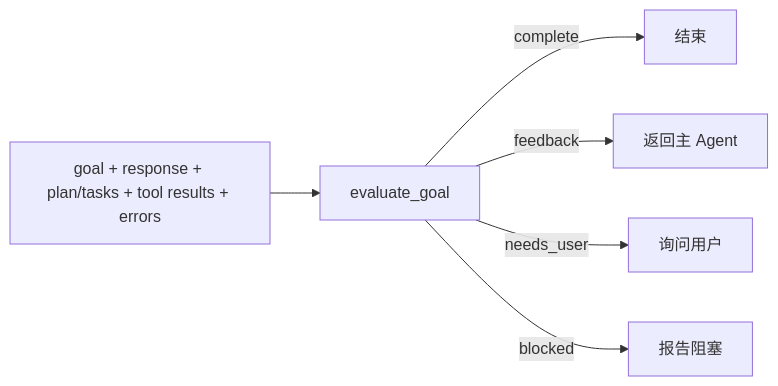
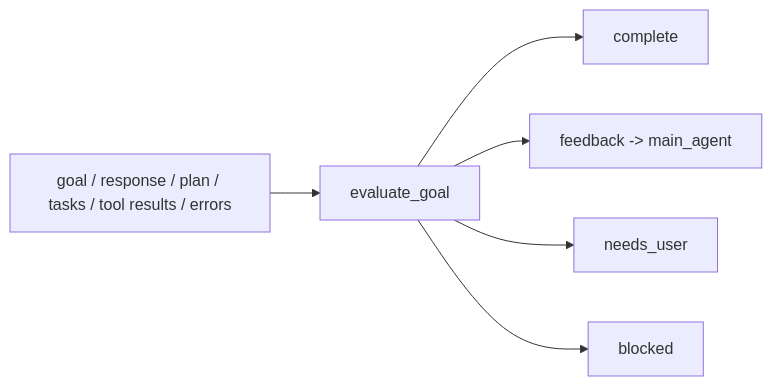
One commit to universero/InnoAgent changed the second of 2 diagrams in assert/knowledge/04-planning-and-reflection.md. Above: the diagram before and after it, drawn with Mermaid. The commit also changed other lines of this file and 11 other files, not shown here.

Commit message:
docs: document InnoAgent module architecture

````diff
--- a/assert/knowledge/04-planning-and-reflection.md
+++ b/assert/knowledge/04-planning-and-reflection.md
@@ -26,8 +154,8 @@
 ```mermaid
 flowchart LR
-    E[goal + response + plan/tasks + tool results + errors] --> J[evaluate_goal]
-    J -->|complete| D[结束]
-    J -->|feedback| A[返回主 Agent]
-    J -->|needs_user| U[询问用户]
-    J -->|blocked| B[报告阻塞]
+    Evidence[goal / response / plan / tasks / tool results / errors] --> Judge[evaluate_goal]
+    Judge --> Complete[complete]
+    Judge --> Feedback[feedback -> main_agent]
+    Judge --> User[needs_user]
+    Judge --> Blocked[blocked]
 ```
````
